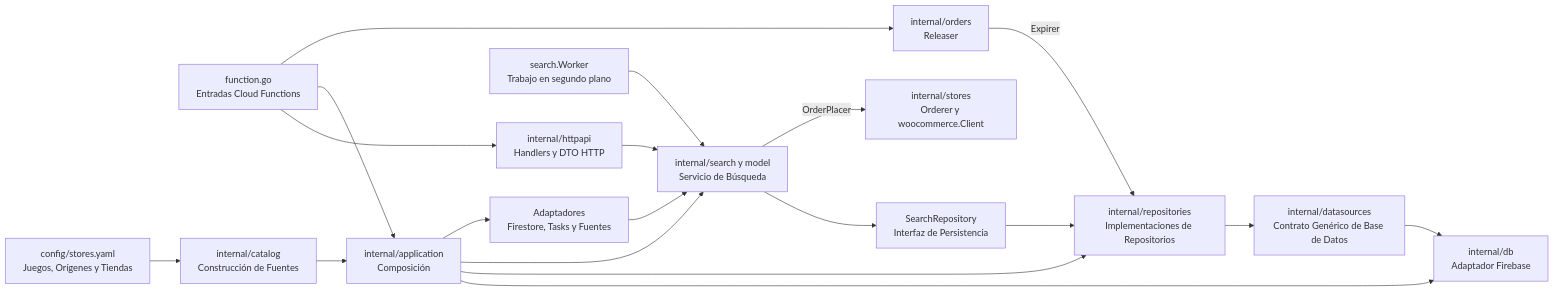
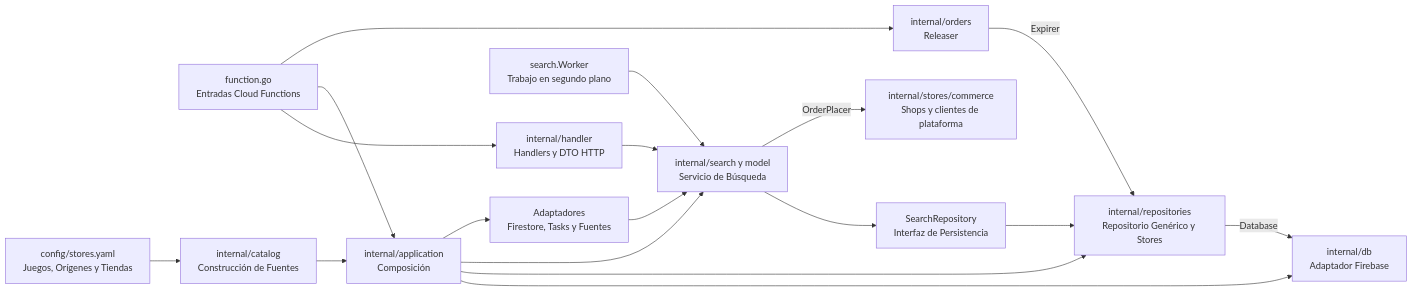
One commit to metaliaw/muchi changed the fourth of 4 diagrams in backend/docs/architecture.es.md. Above: the diagram before and after it, drawn with Mermaid. The commit also changed other lines of this file and 147 other files, not shown here.

````diff
--- a/backend/docs/architecture.es.md
+++ b/backend/docs/architecture.es.md
@@ -208,36 +208,34 @@
 ```mermaid
 flowchart LR
     function[function.go<br/>Entradas Cloud Functions]
-    transport[internal/httpapi<br/>Handlers y DTO HTTP]
+    transport[internal/handler<br/>Handlers y DTO HTTP]
     application[internal/application<br/>Composición]
     catalog[internal/catalog<br/>Construcción de Fuentes]
     domain[internal/search y model<br/>Servicio de Búsqueda]
-    orderer[internal/stores<br/>Orderer y woocommerce.Client]
+    orderer[internal/stores/commerce<br/>Shops y clientes de plataforma]
     releaser[internal/orders<br/>Releaser]
     repository[SearchRepository<br/>Interfaz de Persistencia]
-    repositories[internal/repositories<br/>Implementaciones de Repositorios]
-    datasources[internal/datasources<br/>Contrato Genérico de Base de Datos]
+    repositories[internal/repositories<br/>Repositorio Genérico y Stores]
     database[internal/db<br/>Adaptador Firebase]
     worker[search.Worker<br/>Trabajo en segundo plano]
     config[config/stores.yaml<br/>Juegos, Orígenes y Tiendas]
     adapters[Adaptadores<br/>Firestore, Tasks y Fuentes]
 
     function --> transport
     function --> application
     transport --> domain
     worker --> domain
     domain --> repository
     repository --> repositories
-    repositories --> datasources
-    datasources --> database
+    repositories -->|Database| database
     application --> database
     application --> repositories
     config --> catalog
     catalog --> application
     application --> domain
     application --> adapters
     domain -->|OrderPlacer| orderer
     function --> releaser
     releaser -->|Expirer| repositories
     adapters --> domain
 ```
````
